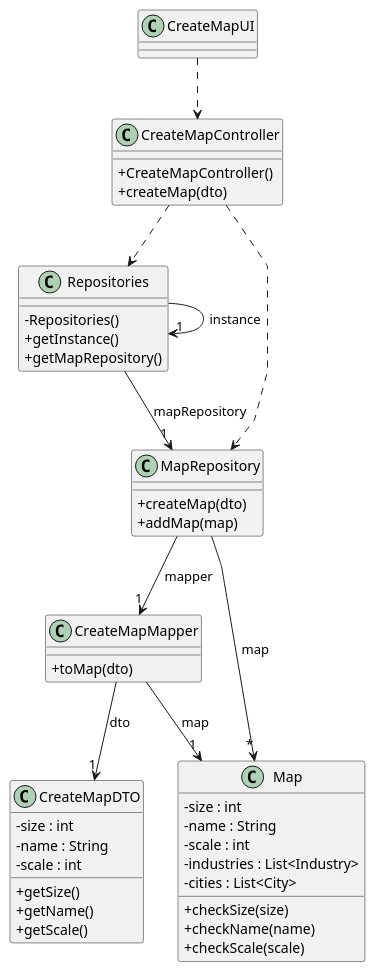
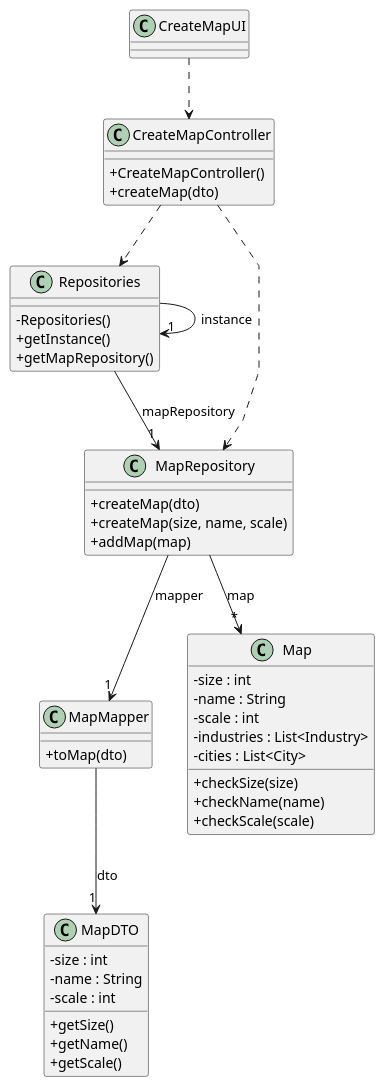
Before and after one commit to 1240935/pi2-railway-simulator: the diagram in Sprint3/US001/03.design/puml/US001-CD.puml, drawn with PlantUML. The commit also changed 10 other files, not shown here.

```diff
--- a/Sprint3/US001/03.design/puml/US001-CD.puml
+++ b/Sprint3/US001/03.design/puml/US001-CD.puml
@@ -1,69 +1,69 @@
 @startuml
 'skinparam monochrome true
 skinparam packageStyle rectangle
 skinparam shadowing false
 skinparam linetype polyline
 'skinparam linetype orto
 
 skinparam classAttributeIconSize 0
 
 'left to right direction
 
 
 class CreateMapUI {
 
 }
 
 class CreateMapController {
   +CreateMapController()
   +createMap(dto)
 }
 
-class CreateMapDTO {
+class MapDTO {
     - size : int
     - name : String
     - scale : int
     + getSize()
     + getName()
     + getScale()
 }
 
-class CreateMapMapper {
+class MapMapper {
     + toMap(dto)
 }
 
 class MapRepository {
     + createMap(dto)
+    + createMap(size, name, scale)
     + addMap(map)
 }
 
 class Repositories {
     - Repositories()
     + getInstance()
     + getMapRepository()
 }
 
 class Map {
   - size : int
   - name : String
   - scale : int
   - industries : List<Industry>
   - cities : List<City>
   + checkSize(size)
   + checkName(name)
   + checkScale(scale)
 }
 
 CreateMapUI ..> CreateMapController
 
 CreateMapController ..> MapRepository
 CreateMapController ..> Repositories
-CreateMapMapper --> "1" CreateMapDTO: dto
-CreateMapMapper --> "1" Map : map
-MapRepository --> "1" CreateMapMapper: mapper
+MapMapper --> "1" MapDTO: dto
+MapRepository --> "1" MapMapper: mapper
 MapRepository --> "*" Map: map
 Repositories --> "1" MapRepository : mapRepository
 Repositories -> "1" Repositories : instance
 
 
 @enduml
```
